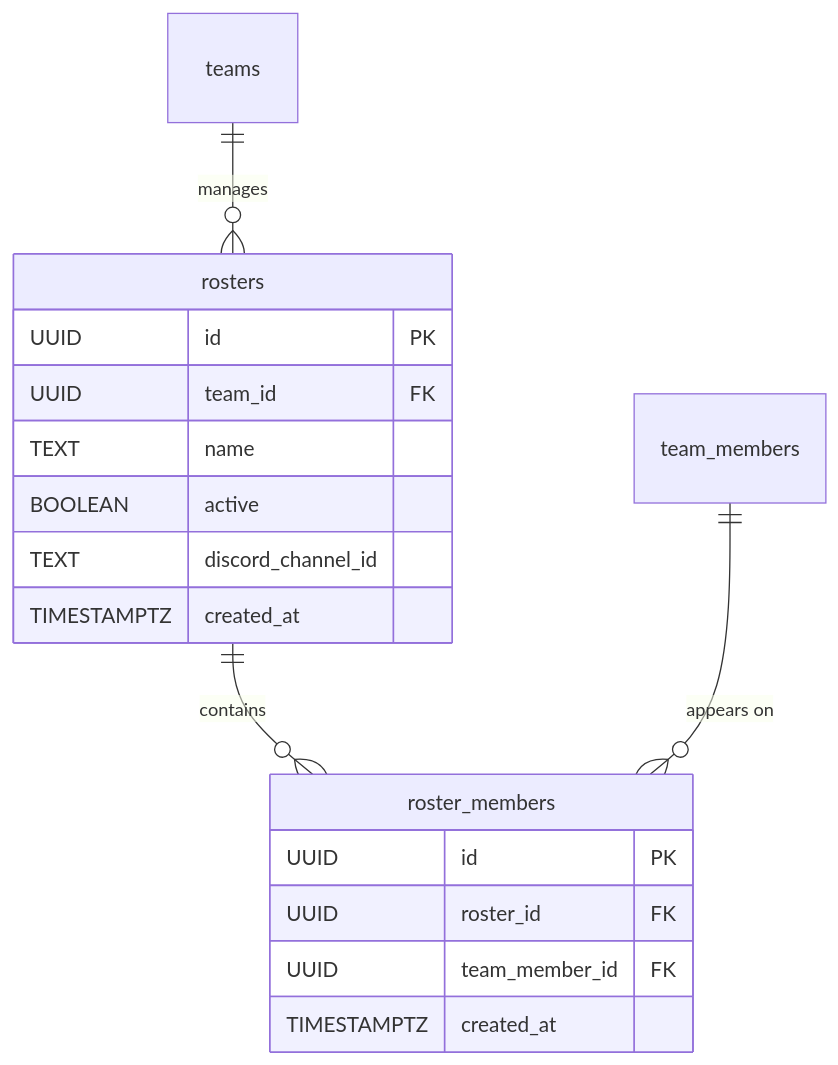
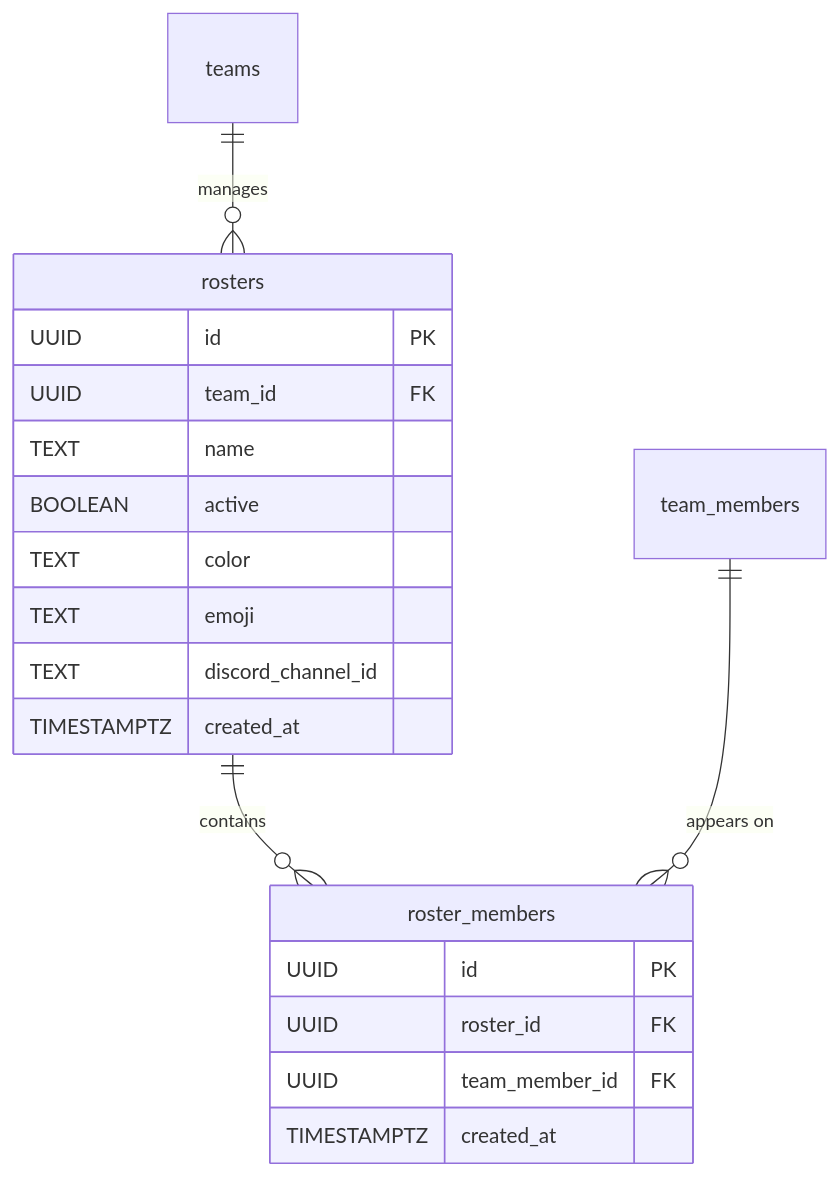
One commit to maxa-ondrej/sideline changed the tenth of 12 diagrams in docs/thesis/er-diagram.md. Above: the diagram before and after it, drawn with Mermaid. The commit also changed other lines of this file and 47 other files, not shown here.

````diff
--- a/docs/thesis/er-diagram.md
+++ b/docs/thesis/er-diagram.md
@@ -547,22 +549,24 @@
 ```mermaid
 erDiagram
     rosters {
         UUID id PK
         UUID team_id FK
         TEXT name
         BOOLEAN active
+        TEXT color
+        TEXT emoji
         TEXT discord_channel_id
         TIMESTAMPTZ created_at
     }
 
     roster_members {
         UUID id PK
         UUID roster_id FK
         UUID team_member_id FK
         TIMESTAMPTZ created_at
     }
 
     teams ||--o{ rosters : "manages"
     rosters ||--o{ roster_members : "contains"
     team_members ||--o{ roster_members : "appears on"
 ```
````
